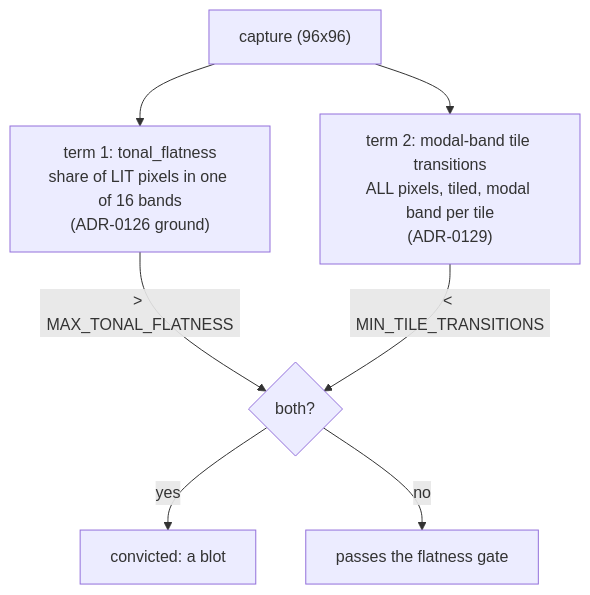
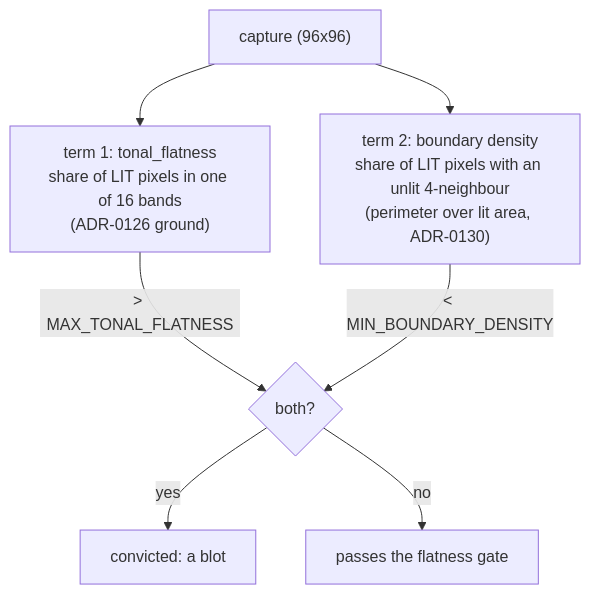
Before and after one commit to IgorKonovalov/Ritmolux: the diagram in docs/plans/0119-the-flatness-gate-gets-its-second-term.md, drawn with Mermaid. The commit also changed other lines of this file and 4 other files, not shown here.

First line of the commit message:
docs(adrs,plans): ADR-0130 - boundary is the second term, and 0129 takes its Outcome

````diff
--- a/docs/plans/0119-the-flatness-gate-gets-its-second-term.md
+++ b/docs/plans/0119-the-flatness-gate-gets-its-second-term.md
@@ -50,10 +55,10 @@
 ```mermaid
 flowchart TB
     F["capture (96x96)"]
     F --> T1["term 1: tonal_flatness<br/>share of LIT pixels in one of 16 bands<br/>(ADR-0126 ground)"]
-    F --> T2["term 2: modal-band tile transitions<br/>ALL pixels, tiled, modal band per tile<br/>(ADR-0129)"]
+    F --> T2["term 2: boundary density<br/>share of LIT pixels with an unlit 4-neighbour<br/>(perimeter over lit area, ADR-0130)"]
     T1 -->|"> MAX_TONAL_FLATNESS"| AND{"both?"}
-    T2 -->|"< MIN_TILE_TRANSITIONS"| AND
+    T2 -->|"< MIN_BOUNDARY_DENSITY"| AND
     AND -->|yes| BLOT["convicted: a blot"]
     AND -->|no| OK["passes the flatness gate"]
 ```
````
